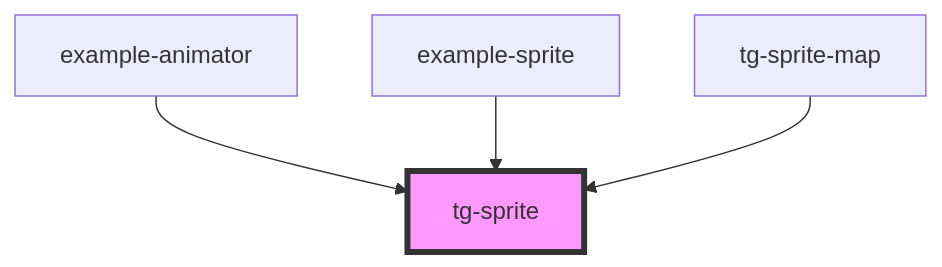
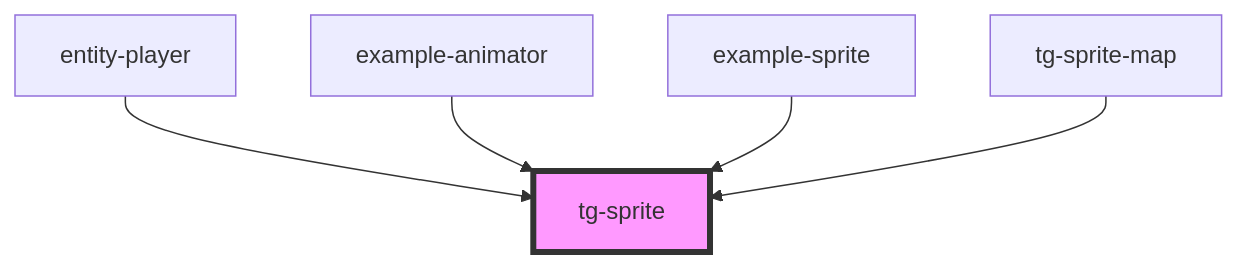
The diagram in src/components/engine/tg-sprite/readme.md (Scan0815/tg-engine), drawn with Mermaid before and after one commit. The commit also changed other lines of this file and 49 other files, not shown here.

````diff
--- a/src/components/engine/tg-sprite/readme.md
+++ b/src/components/engine/tg-sprite/readme.md
@@ -37,7 +38,8 @@
 ```mermaid
 graph TD;
+  entity-player --> tg-sprite
   example-animator --> tg-sprite
   example-sprite --> tg-sprite
   tg-sprite-map --> tg-sprite
   style tg-sprite fill:#f9f,stroke:#333,stroke-width:4px
 ```
````
